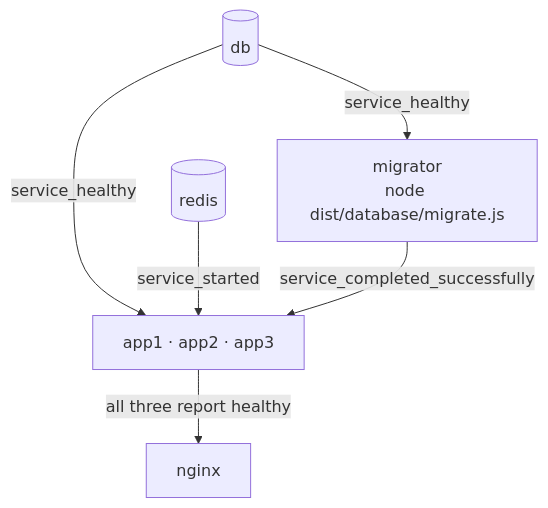
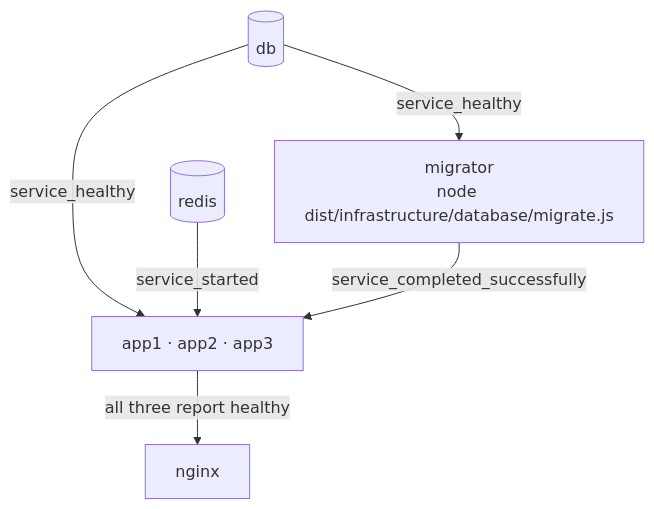
One commit to Mootaz12/order-outbox-lab changed the fifth of 6 diagrams in README.md. Above: the diagram before and after it, drawn with Mermaid. The commit also changed other lines of this file and 94 other files, not shown here.

````diff
--- a/README.md
+++ b/README.md
@@ -221,8 +232,8 @@
 ```mermaid
 flowchart TD
-    db[("db")] -->|service_healthy| migrator["migrator<br/>node dist/database/migrate.js"]
+    db[("db")] -->|service_healthy| migrator["migrator<br/>node dist/infrastructure/database/migrate.js"]
     db -->|service_healthy| app["app1 · app2 · app3"]
     redis[("redis")] -->|service_started| app
     migrator -->|service_completed_successfully| app
     app -->|all three report healthy| nginx["nginx"]
 ```
````
